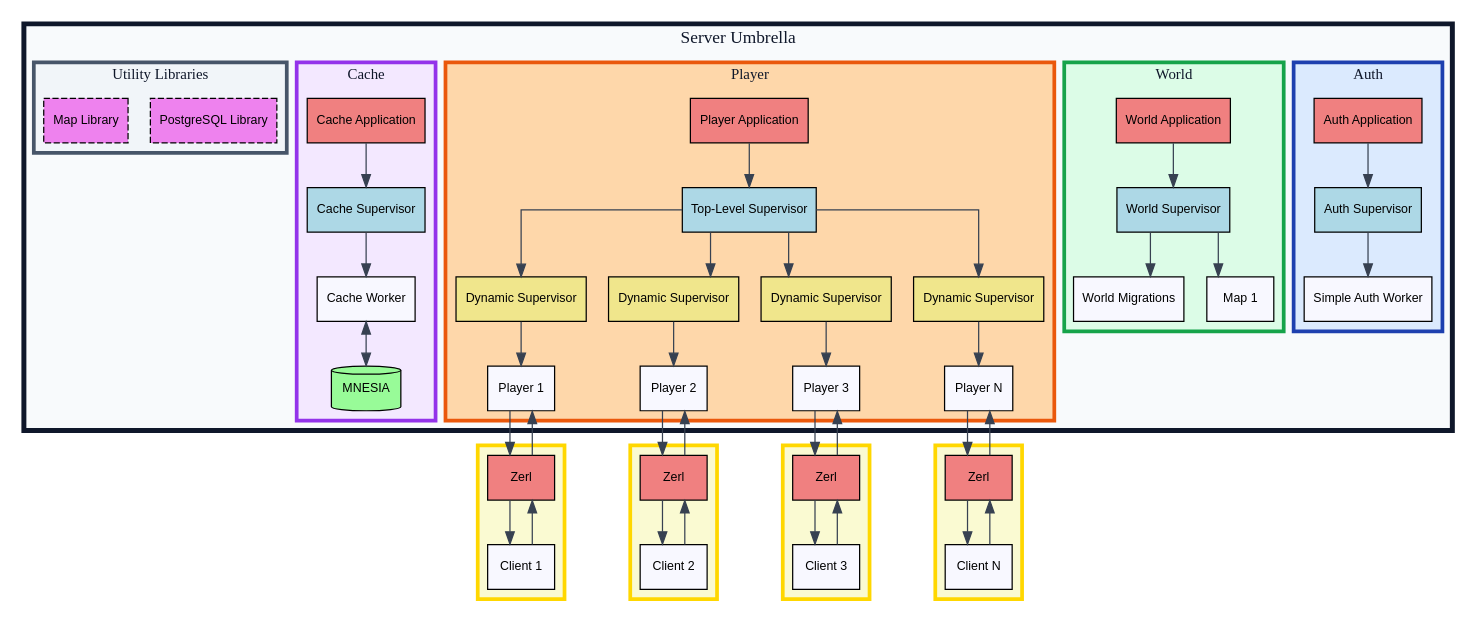
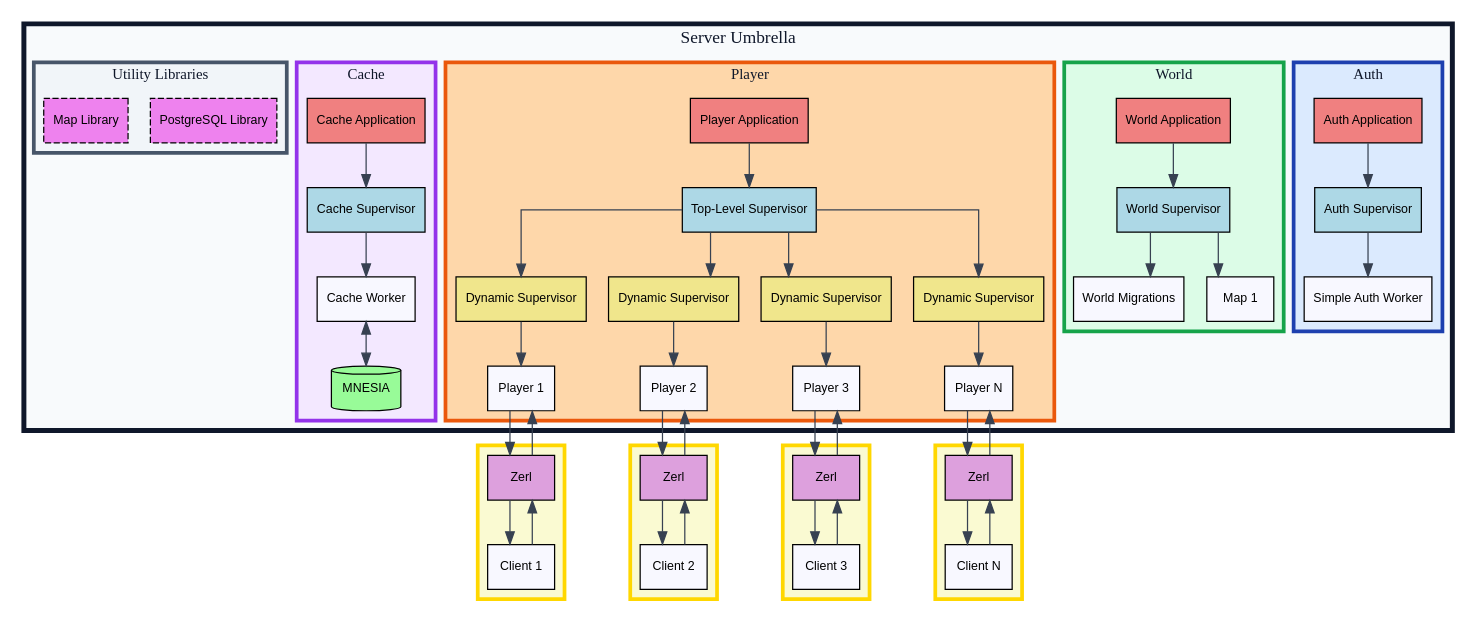
Before and after one commit to dont-rely-on-nulls/gambiconf-2025: diagram 17 of 18 in presentation.org, drawn with Graphviz. The commit also changed other lines of this file and 14 other files, not shown here.

```diff
--- a/presentation.org
+++ b/presentation.org
@@ -1107,7 +1107,7 @@
     penwidth=3;
     fontsize=12;
  
-    Z1 [label="Zerl", fillcolor="lightcoral"];
+    Z1 [label="Zerl", fillcolor="plum"];
     C1 [label="Client 1", fillcolor="ghostwhite"];
 
     Z1 -> C1;
@@ -1124,7 +1124,7 @@
     penwidth=3;
     fontsize=12;
 
-    Z2 [label="Zerl", fillcolor="lightcoral"];
+    Z2 [label="Zerl", fillcolor="plum"];
     C2 [label="Client 2", fillcolor="ghostwhite"];
 
     Z2 -> C2;
@@ -1141,7 +1141,7 @@
     penwidth=3;
     fontsize=12;
 
-    Z3 [label="Zerl", fillcolor="lightcoral"];
+    Z3 [label="Zerl", fillcolor="plum"];
     C3 [label="Client 3", fillcolor="ghostwhite"];
 
     Z3 -> C3;
@@ -1159,7 +1159,7 @@
     fontsize=12;
 
     subgraph player_2 {  
-      ZN [label="Zerl", fillcolor="lightcoral"];
+      ZN [label="Zerl", fillcolor="plum"];
       CN [label="Client N", fillcolor="ghostwhite"];
 
       ZN -> CN;
```
